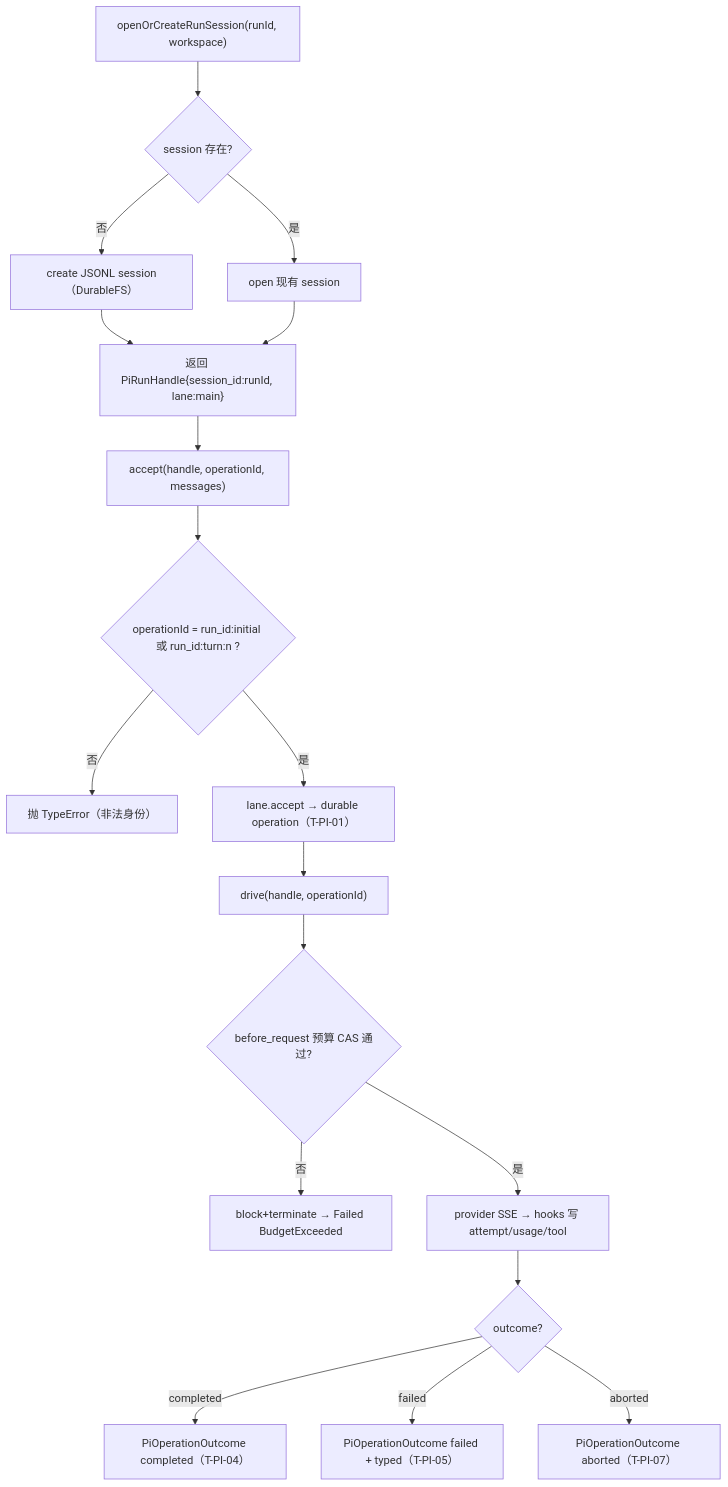
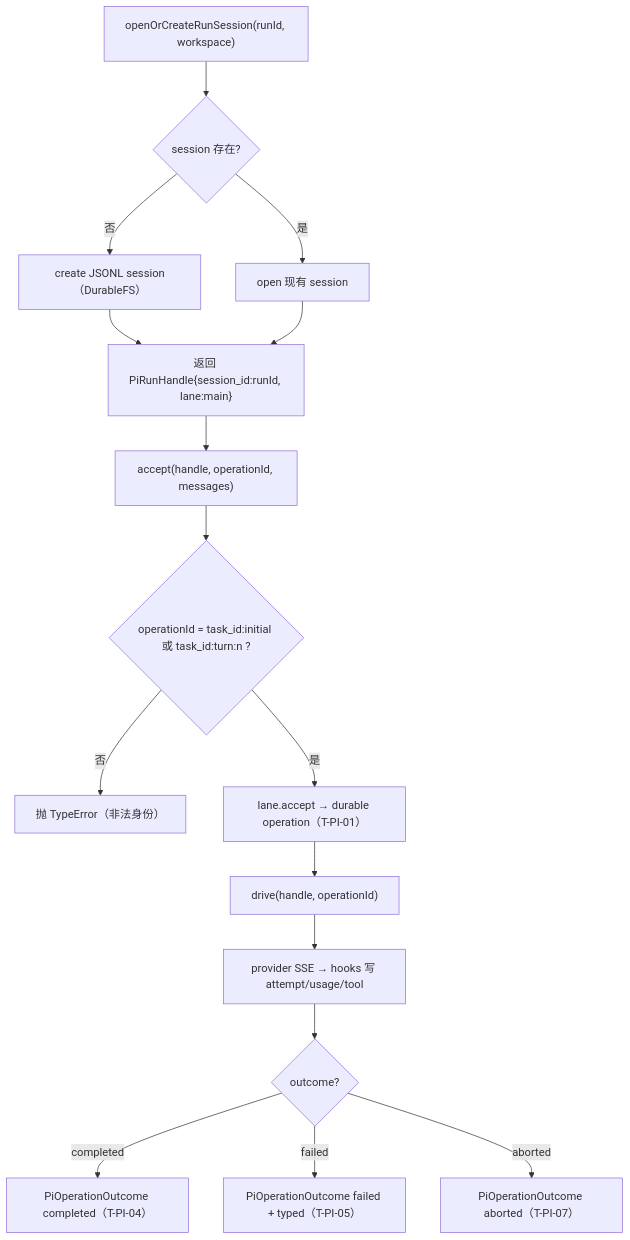
One commit to corezilla/piko changed the fourth of 6 diagrams in docs/40_module_design/piko-pi-adapter-design.md. Above: the diagram before and after it, drawn with Mermaid. The commit also changed other lines of this file and 86 other files, not shown here.

````diff
--- a/docs/40_module_design/piko-pi-adapter-design.md
+++ b/docs/40_module_design/piko-pi-adapter-design.md
@@ -688,20 +689,18 @@
 ```mermaid
 flowchart TD
     A["openOrCreateRunSession(runId, workspace)"] --> B{"session 存在?"}
     B -->|否| C["create JSONL session（DurableFS）"]
     B -->|是| D["open 现有 session"]
     C --> E["返回 PiRunHandle{session_id:runId, lane:main}"]
     D --> E
     E --> F["accept(handle, operationId, messages)"]
-    F --> G{"operationId = run_id:initial 或 run_id:turn:n ?"}
+    F --> G{"operationId = task_id:initial 或 task_id:turn:n ?"}
     G -->|否| Z["抛 TypeError（非法身份）"]
     G -->|是| H["lane.accept → durable operation（T-PI-01）"]
     H --> I["drive(handle, operationId)"]
-    I --> J{"before_request 预算 CAS 通过?"}
-    J -->|否| Y["block+terminate → Failed BudgetExceeded"]
-    J -->|是| K["provider SSE → hooks 写 attempt/usage/tool"]
+    I --> K["provider SSE → hooks 写 attempt/usage/tool"]
     K --> L{"outcome?"}
     L -->|completed| M["PiOperationOutcome completed（T-PI-04）"]
     L -->|failed| N["PiOperationOutcome failed + typed（T-PI-05）"]
     L -->|aborted| O["PiOperationOutcome aborted（T-PI-07）"]
 ```
````
